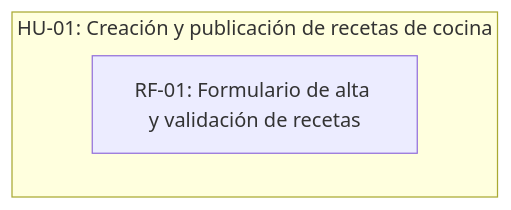
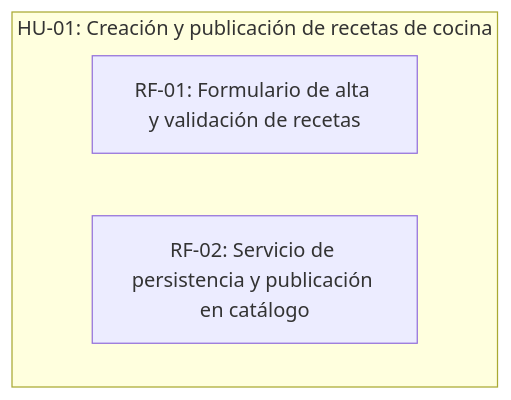
Before and after one commit to SVGiannoni/RecetasPanaRossi: the diagram in scrumDocs/grafo.md, drawn with Mermaid. The commit also changed other lines of this file, not shown here.

````diff
--- a/scrumDocs/grafo.md
+++ b/scrumDocs/grafo.md
@@ -5,6 +5,7 @@
 ```mermaid
 graph TD
   subgraph US_1788784804716["HU-01: Creación y publicación de recetas de cocina"]
     REQ_1788785182545["RF-01: Formulario de alta y validación de recetas"]
+    REQ_1788785196739["RF-02: Servicio de persistencia y publicación en catálogo"]
   end
 ```
````
